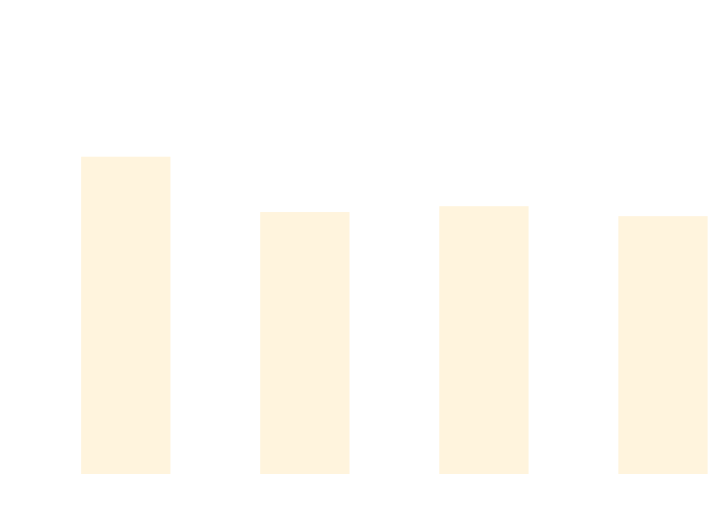
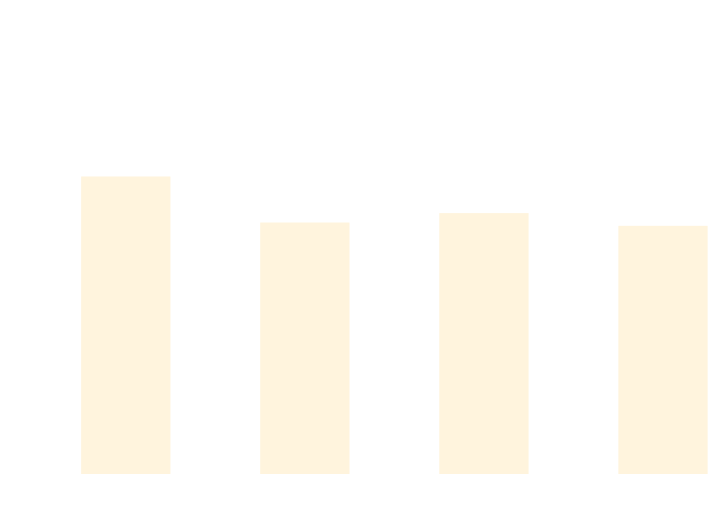
One commit to thomhurst/TUnit changed the diagram in docs/docs/benchmarks/BuildTime.md. Above: the diagram before and after it, drawn with Mermaid. The commit also changed other lines of this file and 17 other files, not shown here.

````diff
--- a/docs/docs/benchmarks/BuildTime.md
+++ b/docs/docs/benchmarks/BuildTime.md
@@ -28,37 +28,37 @@
 ```mermaid
 %%{init: {
   'theme':'base',
   'themeVariables': {
     'primaryColor': '#2563eb',
     'primaryTextColor': '#ffffff',
     'primaryBorderColor': '#1e40af',
     'lineColor': '#6b7280',
     'secondaryColor': '#7c3aed',
     'tertiaryColor': '#dc2626',
     'background': '#ffffff',
     'mainBkg': '#2563eb',
     'secondBkg': '#7c3aed',
     'tertiaryBkg': '#dc2626',
     'clusterBkg': '#f3f4f6',
     'edgeLabelBackground': '#ffffff',
     'tertiaryTextColor': '#1f2937',
     'pie1': '#2563eb',
     'pie2': '#7c3aed',
     'pie3': '#dc2626',
     'pie4': '#f59e0b',
     'pie5': '#10b981',
     'pie6': '#06b6d4',
     'pie7': '#ec4899',
     'pie8': '#6366f1',
     'pie9': '#84cc16',
     'pie10': '#f97316',
     'pie11': '#14b8a6',
     'pie12': '#a855f7'
   }
 }}%%
 xychart-beta
   title "Build Time Comparison"
   x-axis ["Build_TUnit", "Build_NUnit", "Build_MSTest", "Build_xUnit3"]
   y-axis "Time (s)" 0 --> 3
-  bar [2.32, 1.903, 1.947, 1.872]
+  bar [2.171, 1.824, 1.895, 1.799]
 ```
````
